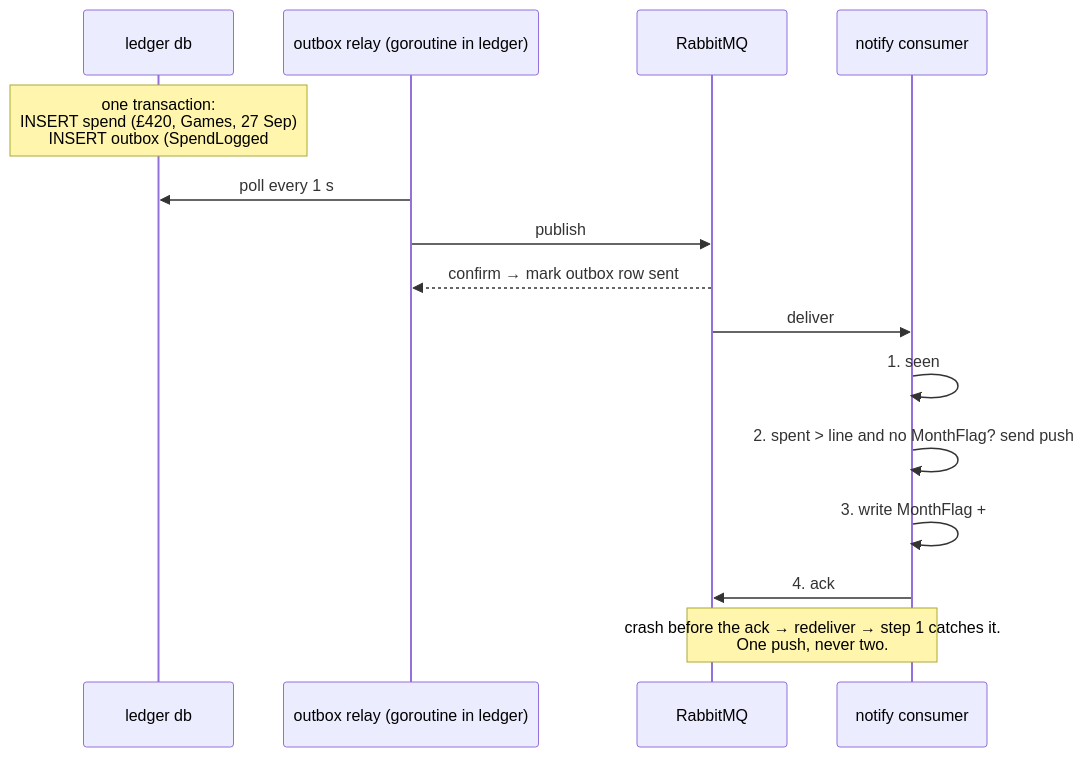
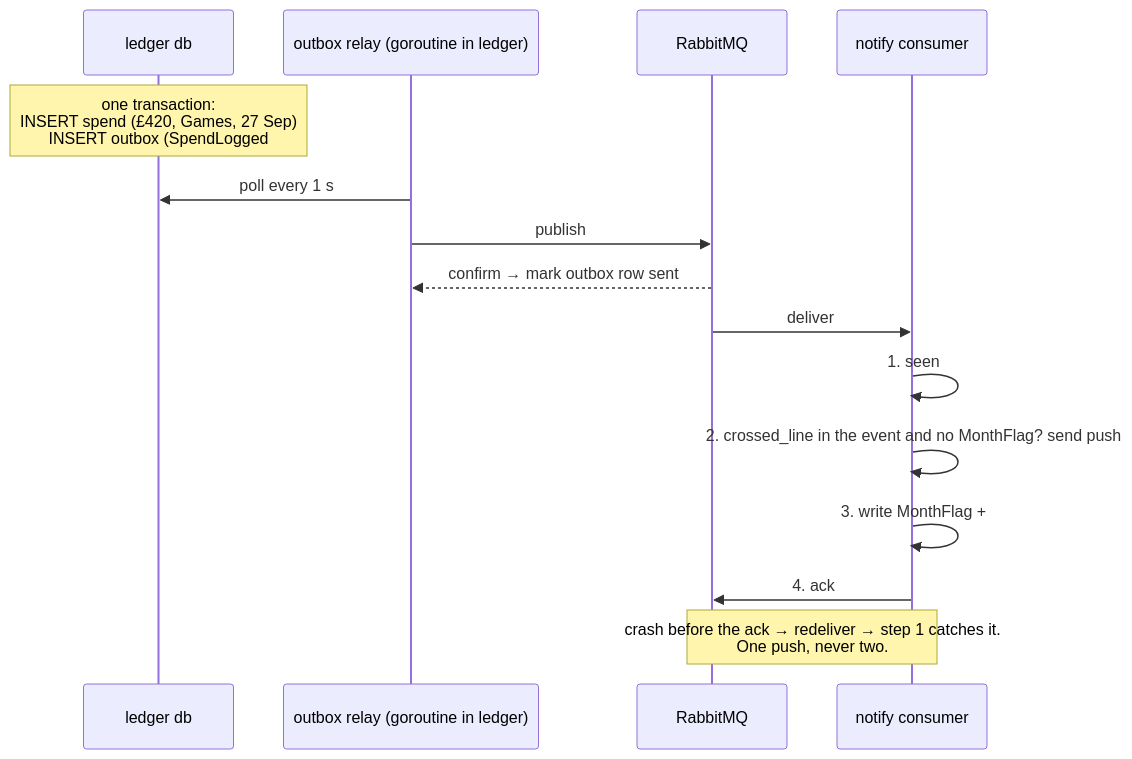
One commit to ravialdyh/my-money-recap-monorepo changed the third of 6 diagrams in docs/ARCHITECTURE.md. Above: the diagram before and after it, drawn with Mermaid. The commit also changed other lines of this file and 2 other files, not shown here.

````diff
--- a/docs/ARCHITECTURE.md
+++ b/docs/ARCHITECTURE.md
@@ -95,17 +97,17 @@
 ```mermaid
 sequenceDiagram
     participant DB as ledger db
     participant Relay as outbox relay (goroutine in ledger)
     participant MQ as RabbitMQ
     participant N as notify consumer
     Note over DB: one transaction:<br/>INSERT spend (£420, Games, 27 Sep)<br/>INSERT outbox (SpendLogged #8812)
     Relay->>DB: poll every 1 s
     Relay->>MQ: publish #8812 (persistent)
     MQ-->>Relay: confirm → mark outbox row sent
     MQ->>N: deliver #8812
     N->>N: 1. seen #8812 in processed_events? yes → ack, stop
-    N->>N: 2. spent > line and no MonthFlag? send push
+    N->>N: 2. crossed_line in the event and no MonthFlag? send push
     N->>N: 3. write MonthFlag + #8812 in one transaction
     N->>MQ: 4. ack
     Note over N,MQ: crash before the ack → redeliver → step 1 catches it.<br/>One push, never two.
 ```
````
